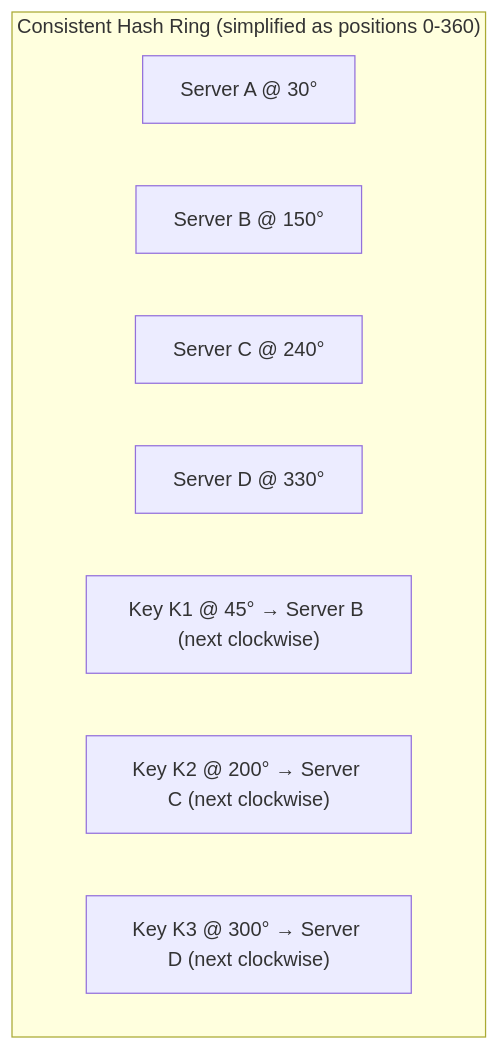
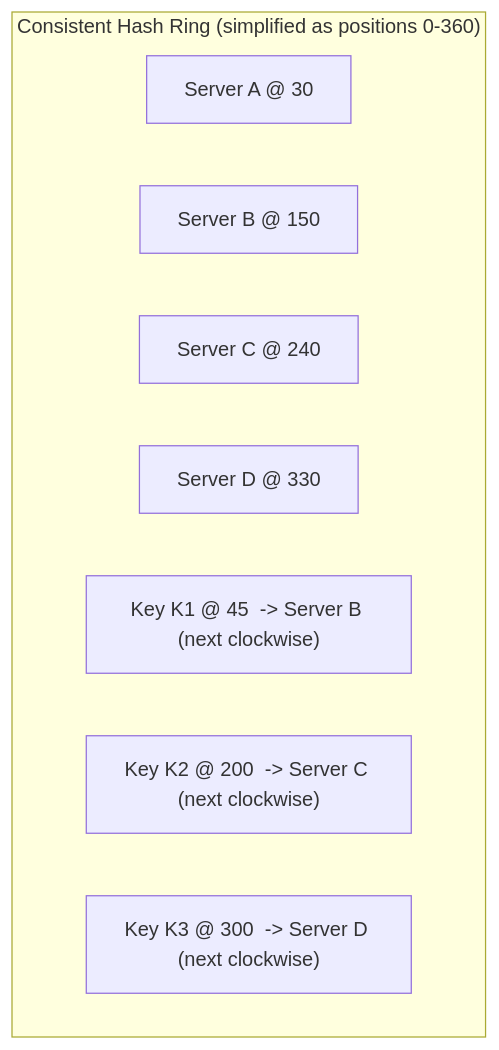
Before and after one commit to ranjeetnegi/System-Design-for-Staff-SWE: the third of 22 diagrams in Section0/Chapter_6_Core_Building_Blocks.md, drawn with Mermaid. The commit also changed other lines of this file and 11 other files, not shown here.

````diff
--- a/Section0/Chapter_6_Core_Building_Blocks.md
+++ b/Section0/Chapter_6_Core_Building_Blocks.md
@@ -183,12 +183,12 @@
 ```mermaid
 graph TD
     subgraph "Consistent Hash Ring (simplified as positions 0-360)"
-    A["Server A @ 30°"]
-    B["Server B @ 150°"]
-    C["Server C @ 240°"]
-    D["Server D @ 330°"]
-    K1["Key K1 @ 45° → Server B (next clockwise)"]
-    K2["Key K2 @ 200° → Server C (next clockwise)"]
-    K3["Key K3 @ 300° → Server D (next clockwise)"]
+    A["Server A @ 30 "]
+    B["Server B @ 150 "]
+    C["Server C @ 240 "]
+    D["Server D @ 330 "]
+    K1["Key K1 @ 45  -> Server B (next clockwise)"]
+    K2["Key K2 @ 200  -> Server C (next clockwise)"]
+    K3["Key K3 @ 300  -> Server D (next clockwise)"]
     end
 ```
````
